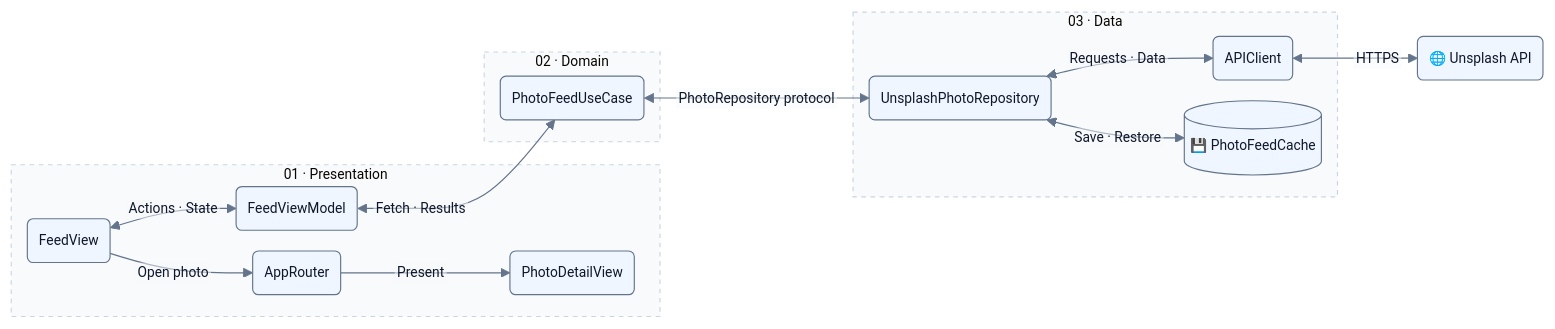
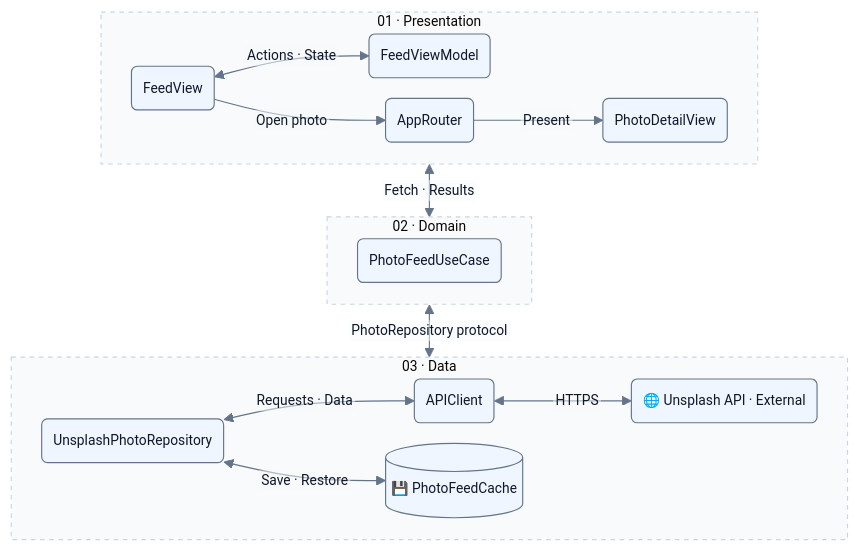
The diagram in README.md (rahimkhalid/ImageLoaderFeed), drawn with Mermaid before and after one commit.

Commit message:
Update README.md improved architecture design

````diff
--- a/README.md
+++ b/README.md
@@ -42,29 +42,32 @@
 ```mermaid
 %%{init: {"theme": "base", "themeVariables": {"fontFamily": "Arial, sans-serif", "fontSize": "12px", "lineColor": "#64748B", "primaryTextColor": "#0F172A", "edgeLabelBackground": "#F8FAFC"}, "flowchart": {"htmlLabels": false, "curve": "basis", "nodeSpacing": 18, "rankSpacing": 28, "padding": 10}}}%%
-flowchart LR
+flowchart TB
     subgraph Presentation["01 · Presentation"]
+        direction LR
         View("FeedView") <-->|Actions · State| VM("FeedViewModel")
         View -->|Open photo| Router("AppRouter")
         Router -->|Present| Detail("PhotoDetailView")
     end
 
     subgraph Domain["02 · Domain"]
+        direction LR
         UseCase("PhotoFeedUseCase")
     end
 
     subgraph Data["03 · Data"]
+        direction LR
         Repository("UnsplashPhotoRepository") <-->|Requests · Data| Client("APIClient")
         Repository <-->|Save · Restore| Cache[("💾 PhotoFeedCache")]
+        Client <-->|HTTPS| API("🌐 Unsplash API · External")
     end
 
-    VM <-->|Fetch · Results| UseCase
-    UseCase <-->|PhotoRepository protocol| Repository
-    Client <-->|HTTPS| API("🌐 Unsplash API")
+    Presentation <-->|Fetch · Results| Domain
+    Domain <-->|PhotoRepository protocol| Data
 
     classDef component fill:#EFF6FF,stroke:#64748B,stroke-width:1px,color:#0F172A
     class View,VM,Router,Detail,UseCase,Repository,Client,Cache,API component
 
     style Presentation fill:#F8FAFC,stroke:#CBD5E1,stroke-dasharray:4 4,color:#334155
     style Domain fill:#F8FAFC,stroke:#CBD5E1,stroke-dasharray:4 4,color:#334155
     style Data fill:#F8FAFC,stroke:#CBD5E1,stroke-dasharray:4 4,color:#334155
 ```
````
